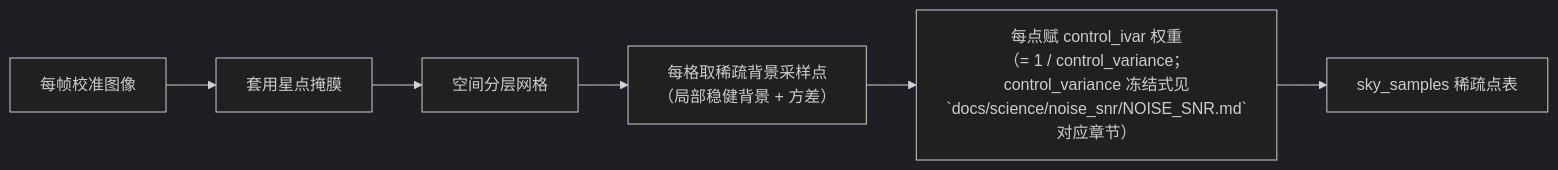
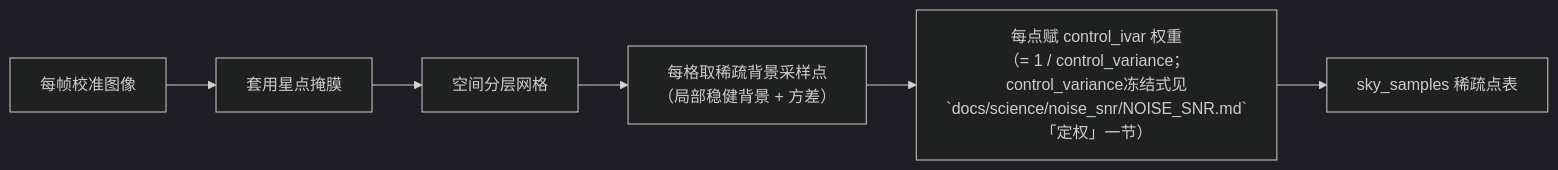
The diagram in docs/detail/registry/acsd.phase2.sample.md (fujiaze/Astro-CS-Database), drawn with Mermaid (dark theme) before and after one commit. The commit also changed other lines of this file and 52 other files, not shown here.

````diff
--- a/docs/detail/registry/acsd.phase2.sample.md
+++ b/docs/detail/registry/acsd.phase2.sample.md
@@ -98,8 +97,8 @@
 ```mermaid
 flowchart LR
     F["每帧校准图像"] --> M["套用星点掩膜"]
     M --> GRID["空间分层网格"]
     GRID --> P["每格取稀疏背景采样点<br/>（局部稳健背景 + 方差）"]
-    P --> W["每点赋 control_ivar 权重<br/>（= 1 / control_variance；<br/>control_variance 冻结式见<br/>`docs/science/noise_snr/NOISE_SNR.md`对应章节）"]
+    P --> W["每点赋 control_ivar 权重<br/>（= 1 / control_variance；<br/>control_variance冻结式见<br/>`docs/science/noise_snr/NOISE_SNR.md`「定权」一节）"]
     W --> OUT["sky_samples 稀疏点表"]
 ```
````
